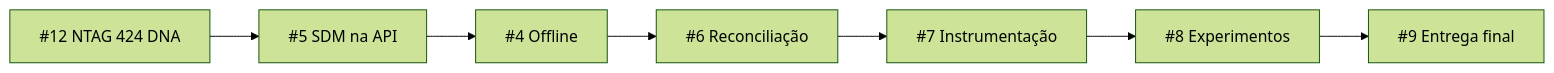
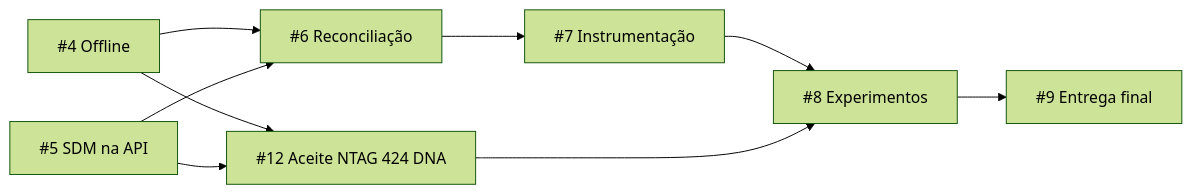
Before and after one commit to Joao-AugustoPF/nfc-trace-api: the diagram in docs/project-status.md, drawn with Mermaid (forest theme). The commit also changed other lines of this file, not shown here.

````diff
--- a/docs/project-status.md
+++ b/docs/project-status.md
@@ -36,9 +46,11 @@
 ```mermaid
 flowchart LR
-  H["#12 NTAG 424 DNA"] --> S["#5 SDM na API"]
-  S --> O["#4 Offline"]
-  O --> R["#6 Reconciliação"]
+  O["#4 Offline"] --> R["#6 Reconciliação"]
+  S["#5 SDM na API"] --> R
   R --> I["#7 Instrumentação"]
   I --> E["#8 Experimentos"]
+  O --> H["#12 Aceite NTAG 424 DNA"]
+  S --> H
+  H --> E
   E --> F["#9 Entrega final"]
 ```
````
